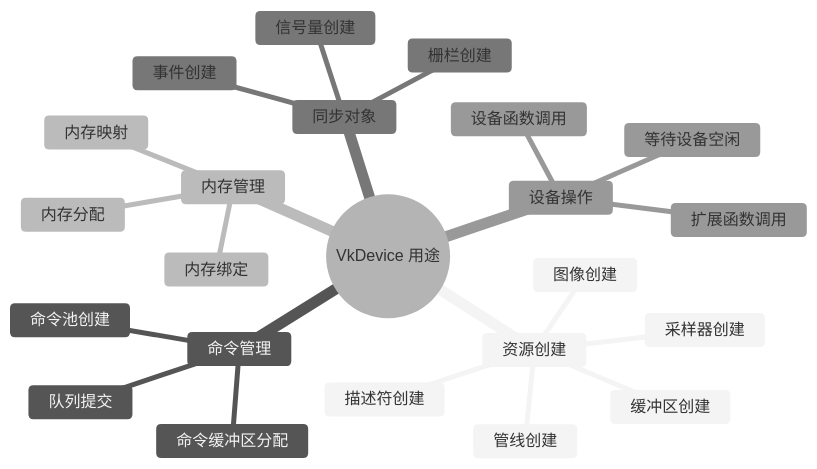
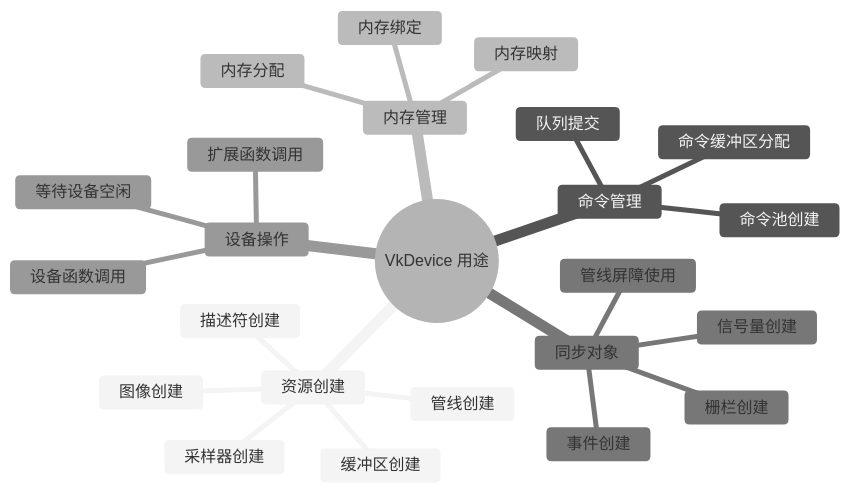
Diagram 15 of 20 in fenxi/详细分析/VkDevice详细分析.md (diandiandevelop/Vulkan), drawn with Mermaid (neutral theme) before and after one commit. The commit also changed other lines of this file and 1 other file, not shown here.

````diff
--- a/fenxi/详细分析/VkDevice详细分析.md
+++ b/fenxi/详细分析/VkDevice详细分析.md
@@ -760,26 +761,27 @@
 ```mermaid
 mindmap
   root((VkDevice 用途))
     资源创建
       缓冲区创建
       图像创建
       采样器创建
       管线创建
       描述符创建
     命令管理
       命令池创建
       命令缓冲区分配
       队列提交
     内存管理
       内存分配
       内存绑定
       内存映射
     同步对象
       信号量创建
       栅栏创建
       事件创建
+      管线屏障使用
     设备操作
       等待设备空闲
       设备函数调用
       扩展函数调用
 ```
````
